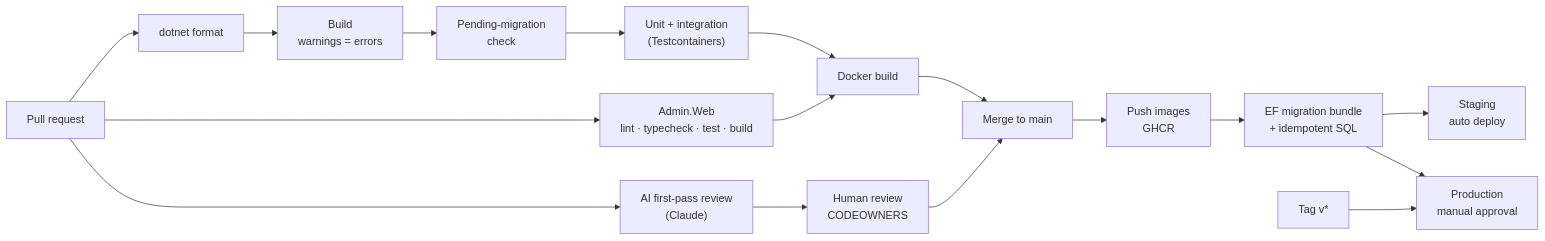
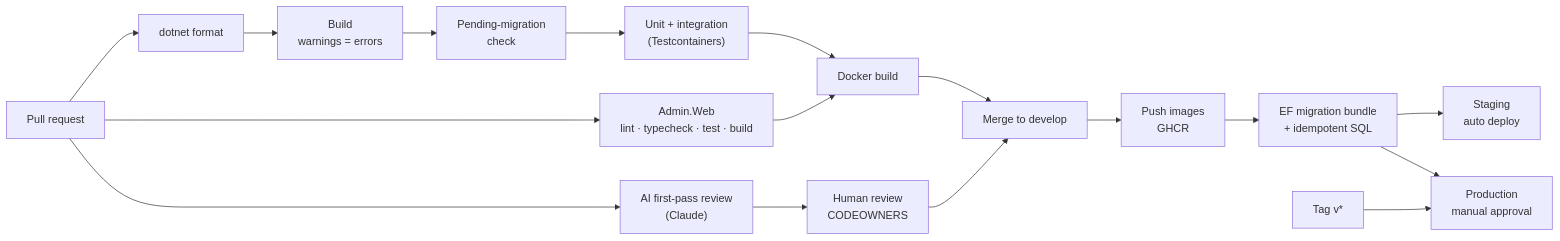
One commit to hyunolike/game-portal-poc changed the sixth of 6 diagrams in README.md. Above: the diagram before and after it, drawn with Mermaid. The commit also changed 6 other files, not shown here.

````diff
--- a/README.md
+++ b/README.md
@@ -256,11 +256,11 @@
 ```mermaid
 flowchart LR
     PR["Pull request"] --> Fmt["dotnet format"] --> Build["Build<br/>warnings = errors"] --> Mig["Pending-migration<br/>check"] --> Tests["Unit + integration<br/>(Testcontainers)"] --> Docker["Docker build"]
     PR --> FE["Admin.Web<br/>lint · typecheck · test · build"] --> Docker
     PR --> AI["AI first-pass review<br/>(Claude)"] --> Human["Human review<br/>CODEOWNERS"]
-    Docker --> Merge["Merge to main"]
+    Docker --> Merge["Merge to develop"]
     Human --> Merge
     Merge --> Push["Push images<br/>GHCR"] --> Bundle["EF migration bundle<br/>+ idempotent SQL"] --> Staging["Staging<br/>auto deploy"]
     Tag["Tag v*"] --> Prod["Production<br/>manual approval"]
     Bundle --> Prod
 ```
````
